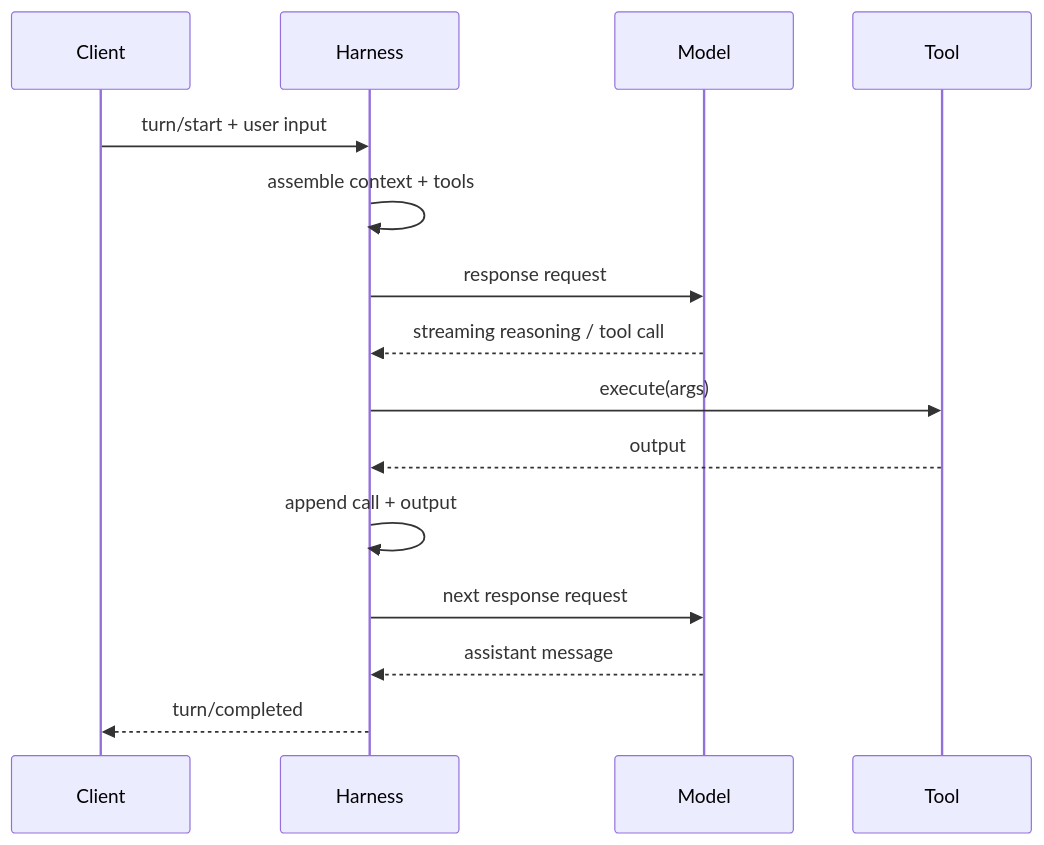
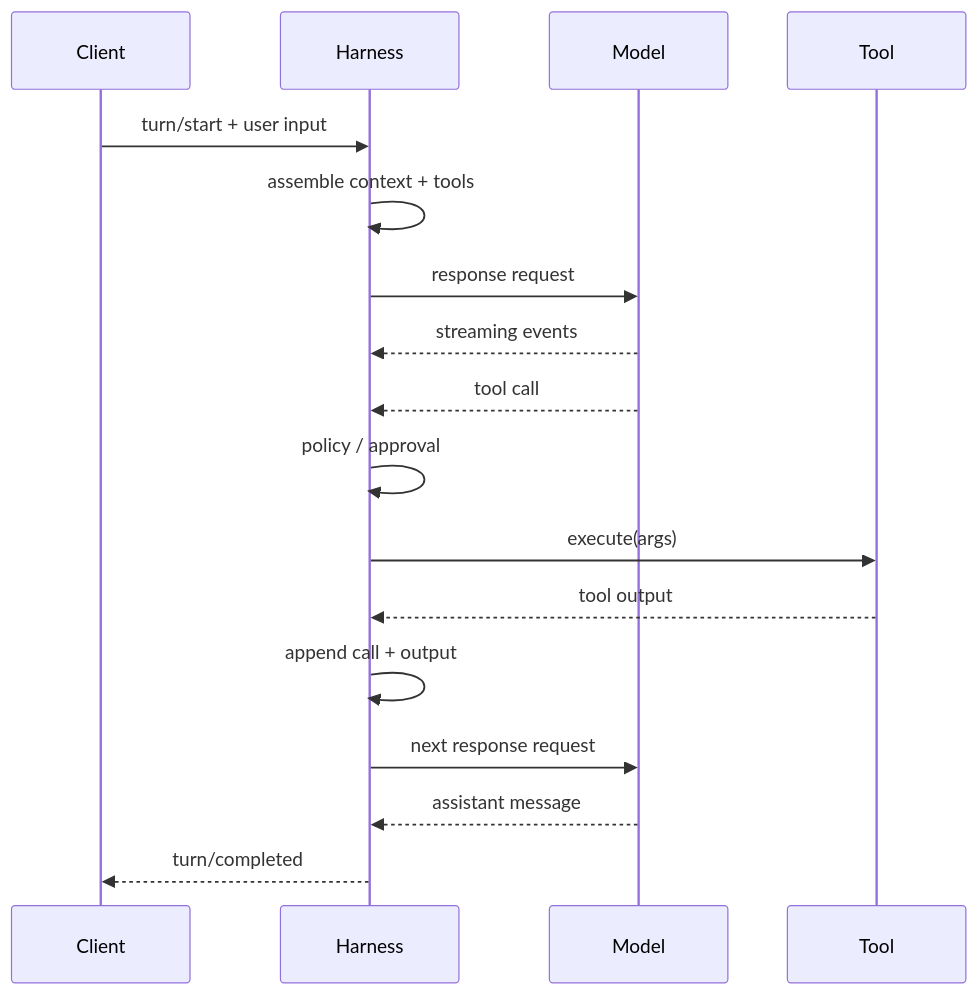
One commit to indigofeather/harness-book changed the sixth of 9 diagrams in docs/foundations/agent-loop.md. Above: the diagram before and after it, drawn with Mermaid. The commit also changed other lines of this file, not shown here.

````diff
--- a/docs/foundations/agent-loop.md
+++ b/docs/foundations/agent-loop.md
@@ -32,18 +199,20 @@
 ```mermaid
 sequenceDiagram
   participant Client
   participant Harness
   participant Model
   participant Tool
 
   Client->>Harness: turn/start + user input
   Harness->>Harness: assemble context + tools
   Harness->>Model: response request
-  Model-->>Harness: streaming reasoning / tool call
+  Model-->>Harness: streaming events
+  Model-->>Harness: tool call
+  Harness->>Harness: policy / approval
   Harness->>Tool: execute(args)
-  Tool-->>Harness: output
+  Tool-->>Harness: tool output
   Harness->>Harness: append call + output
   Harness->>Model: next response request
   Model-->>Harness: assistant message
   Harness-->>Client: turn/completed
 ```
````
